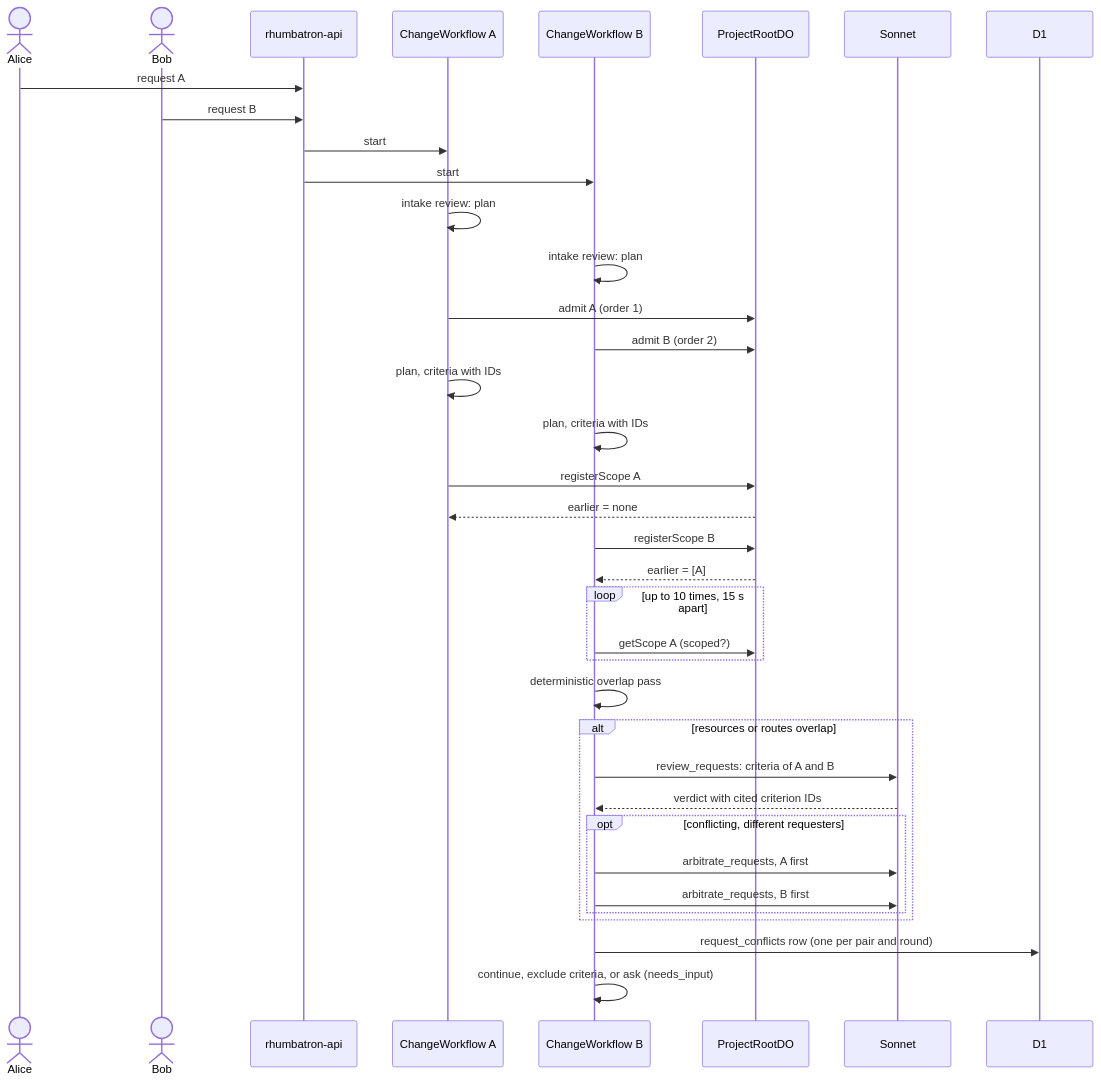
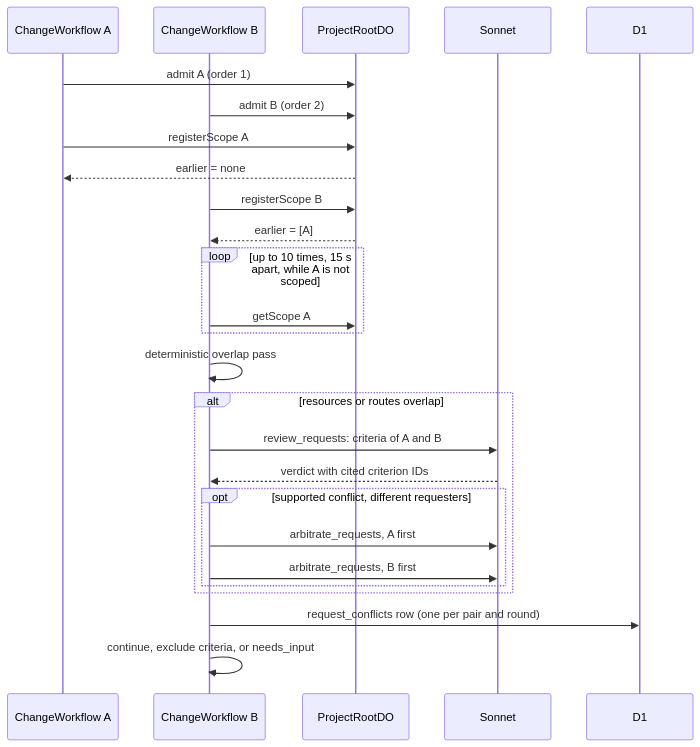
The second of 3 diagrams in docs/architecture/shared-projects.md (nsudhanva/rhumbatron), drawn with Mermaid before and after one commit. The commit also changed other lines of this file and 47 other files, not shown here.

````diff
--- a/docs/architecture/shared-projects.md
+++ b/docs/architecture/shared-projects.md
@@ -219,40 +202,29 @@
 ```mermaid
 sequenceDiagram
-  actor A as Alice
-  actor B as Bob
-  participant API as rhumbatron-api
   participant WA as ChangeWorkflow A
   participant WB as ChangeWorkflow B
   participant Root as ProjectRootDO
   participant Rev as Sonnet
   participant D1
 
-  A->>API: request A
-  B->>API: request B
-  API->>WA: start
-  API->>WB: start
-  WA->>WA: intake review: plan
-  WB->>WB: intake review: plan
   WA->>Root: admit A (order 1)
   WB->>Root: admit B (order 2)
-  WA->>WA: plan, criteria with IDs
-  WB->>WB: plan, criteria with IDs
   WA->>Root: registerScope A
   Root-->>WA: earlier = none
   WB->>Root: registerScope B
   Root-->>WB: earlier = [A]
-  loop up to 10 times, 15 s apart
-    WB->>Root: getScope A (scoped?)
+  loop up to 10 times, 15 s apart, while A is not scoped
+    WB->>Root: getScope A
   end
   WB->>WB: deterministic overlap pass
   alt resources or routes overlap
     WB->>Rev: review_requests: criteria of A and B
     Rev-->>WB: verdict with cited criterion IDs
-    opt conflicting, different requesters
+    opt supported conflict, different requesters
       WB->>Rev: arbitrate_requests, A first
       WB->>Rev: arbitrate_requests, B first
     end
   end
   WB->>D1: request_conflicts row (one per pair and round)
-  WB->>WB: continue, exclude criteria, or ask (needs_input)
+  WB->>WB: continue, exclude criteria, or needs_input
 ```
````
